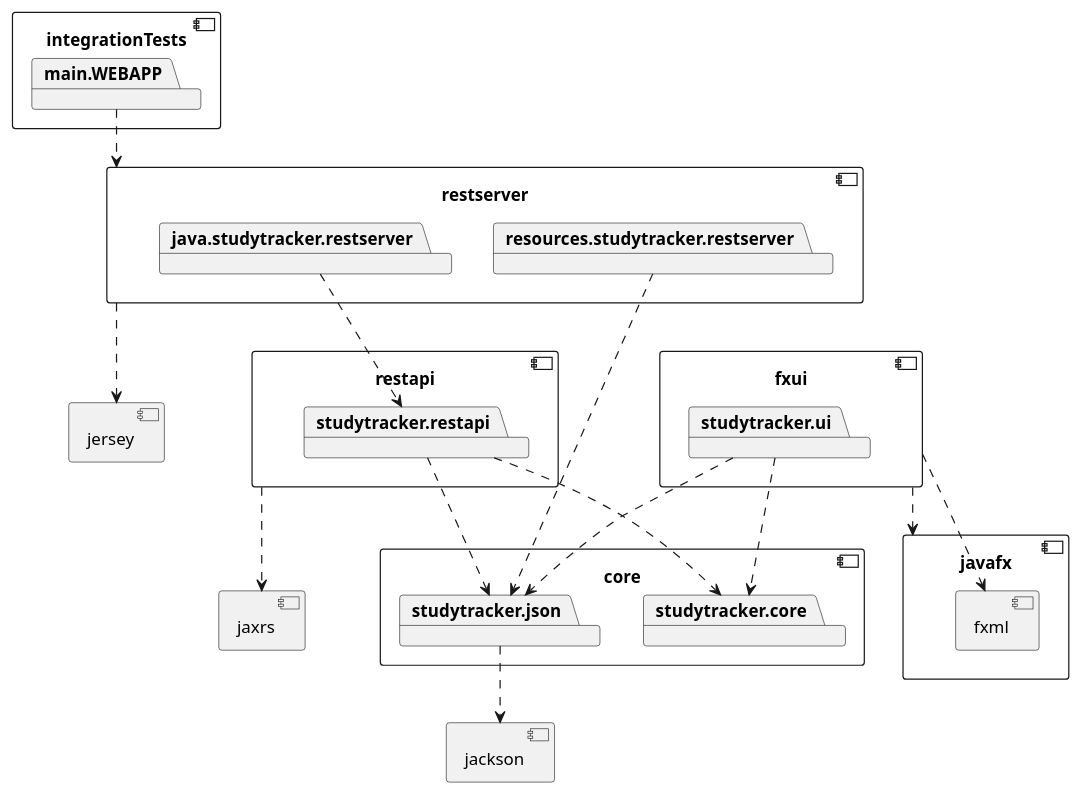
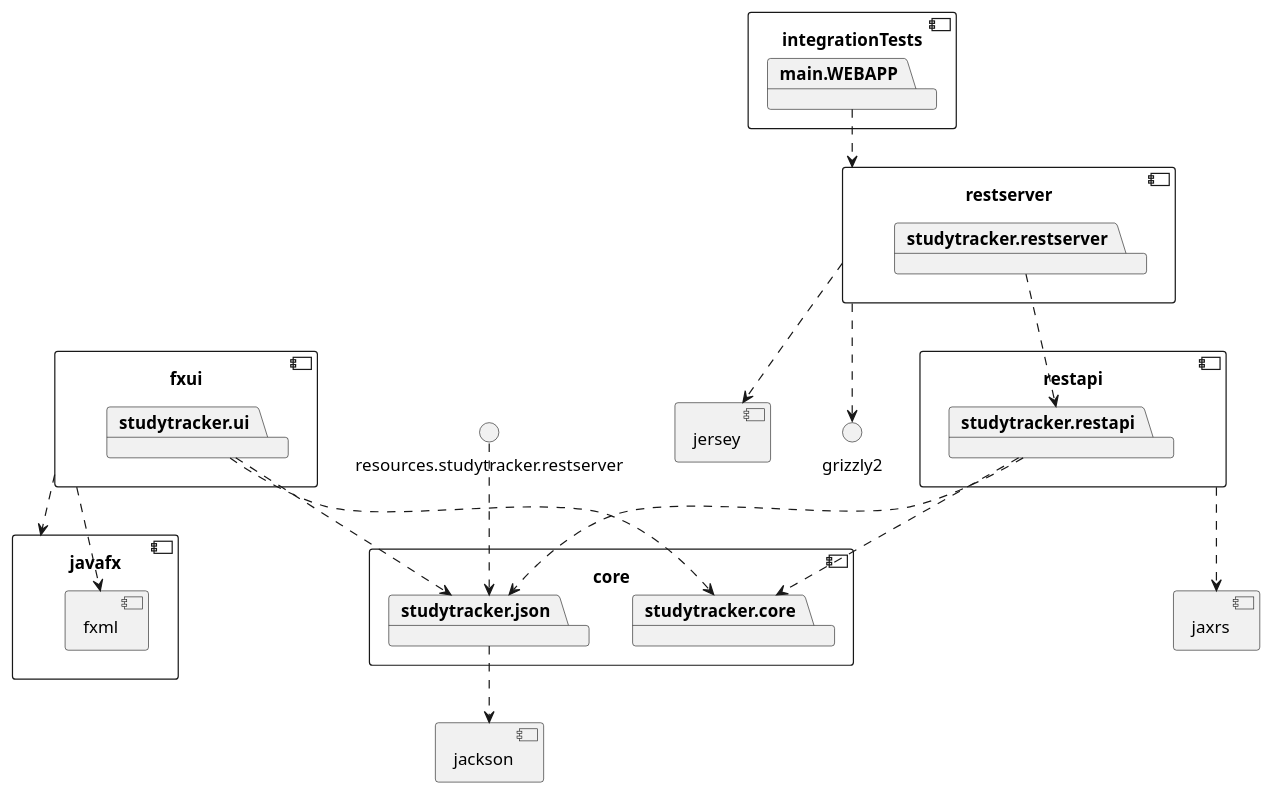
One commit to bmksimons/studytracker changed the fourth of 4 diagrams in IT1901/README.md. Above: the diagram before and after it, drawn with PlantUML.

````diff
--- a/IT1901/README.md
+++ b/IT1901/README.md
@@ -173,63 +173,63 @@
 ```plantuml
 @startuml
 
 component restserver {
 }
 
 component core {
 	package studytracker.core
 	package studytracker.json
 }
 component jackson {
 }
 
 studytracker.json ..> jackson
 
 
 component fxui {
 	package studytracker.ui
 }
 
 component javafx {
 	component fxml {
 	}
 }
 
 fxui ..> javafx
 fxui ..> fxml
 
 studytracker.ui ..> studytracker.core
 studytracker.ui ..> studytracker.json
 
 component restapi {
 	package studytracker.restapi
 }
 
 component jaxrs {
 }
 
 restapi ..> jaxrs
 
 studytracker.restapi ..> studytracker.core
 studytracker.restapi ..> studytracker.json
 
 component restserver {
-	package java.studytracker.restserver
-	package resources.studytracker.restserver
+	package studytracker.restserver
 }
-java.studytracker.restserver ..> studytracker.restapi
+studytracker.restserver ..> studytracker.restapi
 
 component jersey {
 }
 
 restserver ..> jersey
+restserver ..> grizzly2
 
 component integrationTests {
     package main.WEBAPP
 }
 
 main.WEBAPP ..> restserver
 resources.studytracker.restserver ..> studytracker.json
 
 @enduml
 ```
````
